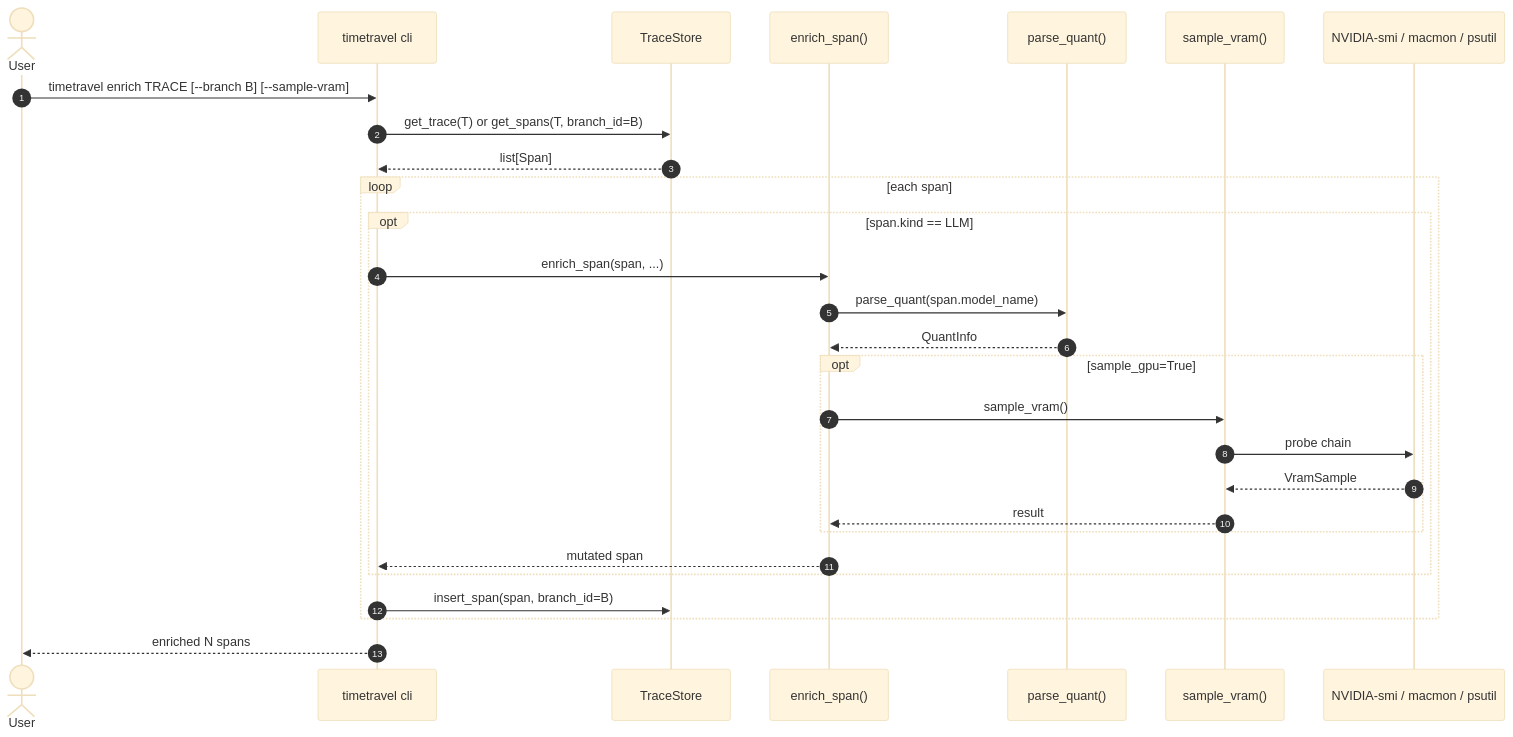
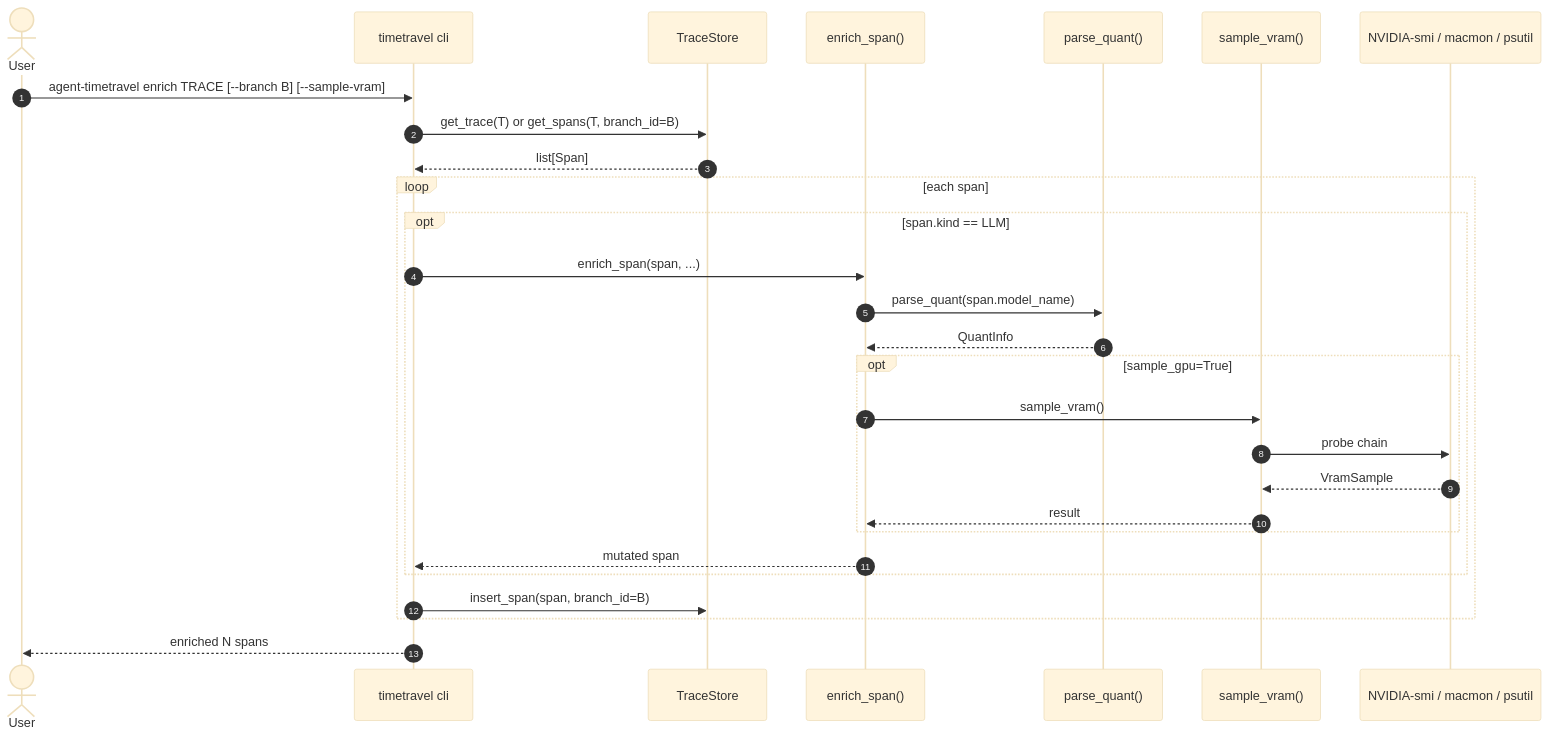
Before and after one commit to akshay-mp/Rewind: the second of 3 diagrams in docs/phases/phase-7.md, drawn with Mermaid (base theme). The commit also changed other lines of this file and 113 other files, not shown here.

Commit message:
Prepare agent-timetravel 0.2.0 release

````diff
--- a/docs/phases/phase-7.md
+++ b/docs/phases/phase-7.md
@@ -186,30 +186,30 @@
 ```mermaid
 sequenceDiagram
     autonumber
     actor U as User
     participant CLI as timetravel cli
     participant Store as TraceStore
     participant ES as enrich_span()
     participant PQ as parse_quant()
     participant SV as sample_vram()
     participant Ops as NVIDIA-smi / macmon / psutil
-    U->>CLI: timetravel enrich TRACE [--branch B] [--sample-vram]
+    U->>CLI: agent-timetravel enrich TRACE [--branch B] [--sample-vram]
     CLI->>Store: get_trace(T) or get_spans(T, branch_id=B)
     Store-->>CLI: list[Span]
     loop each span
         opt span.kind == LLM
             CLI->>ES: enrich_span(span, ...)
             ES->>PQ: parse_quant(span.model_name)
             PQ-->>ES: QuantInfo
             opt sample_gpu=True
                 ES->>SV: sample_vram()
                 SV->>Ops: probe chain
                 Ops-->>SV: VramSample
                 SV-->>ES: result
             end
             ES-->>CLI: mutated span
         end
         CLI->>Store: insert_span(span, branch_id=B)
     end
     CLI-->>U: enriched N spans
 ```
````
